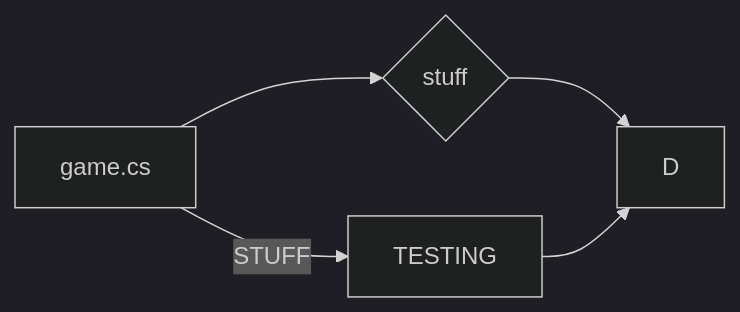
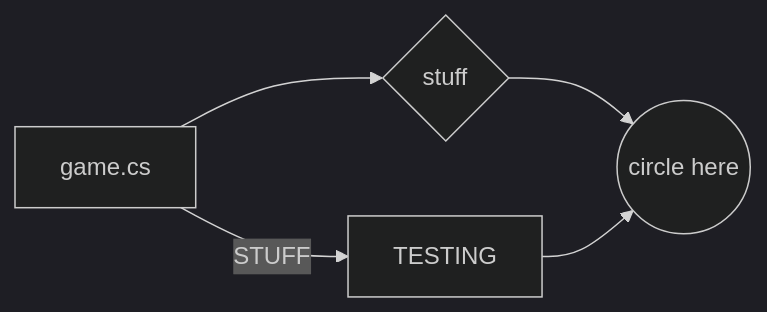
The second of 3 diagrams in merm.md (dconlrn/dconlrn.github.io), drawn with Mermaid (dark theme) before and after one commit. The commit also changed other lines of this file, not shown here.

```diff
--- a/merm.md
+++ b/merm.md
@@ -23,11 +23,11 @@
 <div class="mermaid"> 
 
 
 graph LR;
     A[game.cs]-->B{stuff};
     A-->|STUFF|C[TESTING];
-    B-->D;
+    B-->D((circle here));
     C-->D;
 
 
 </div> 
```
